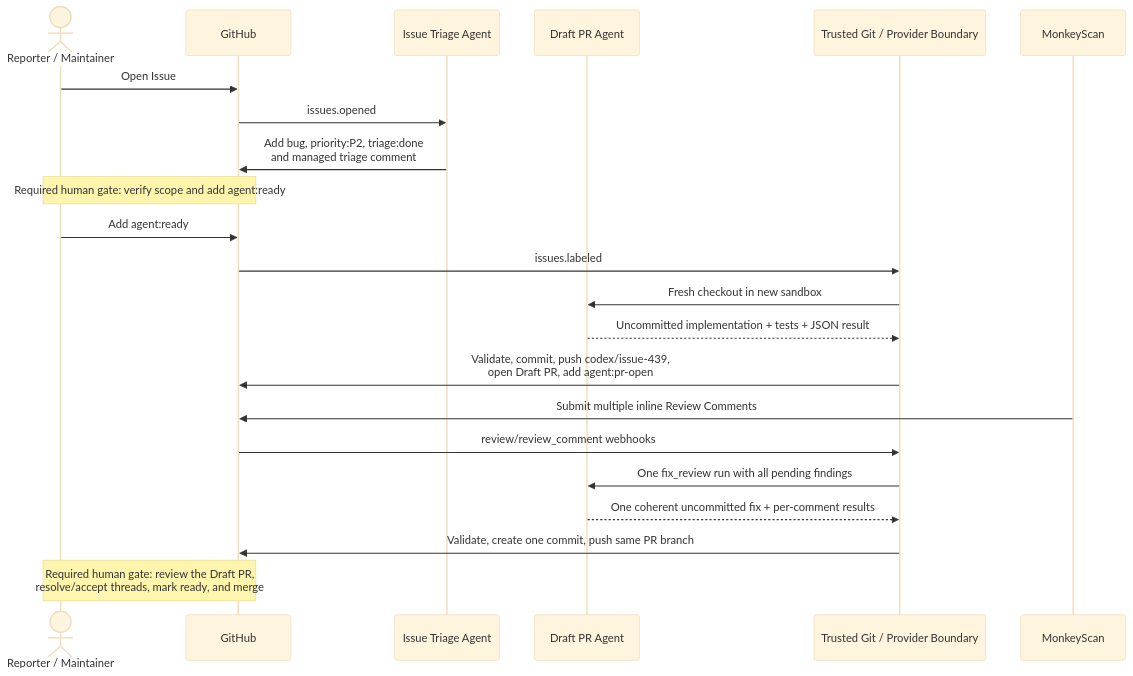
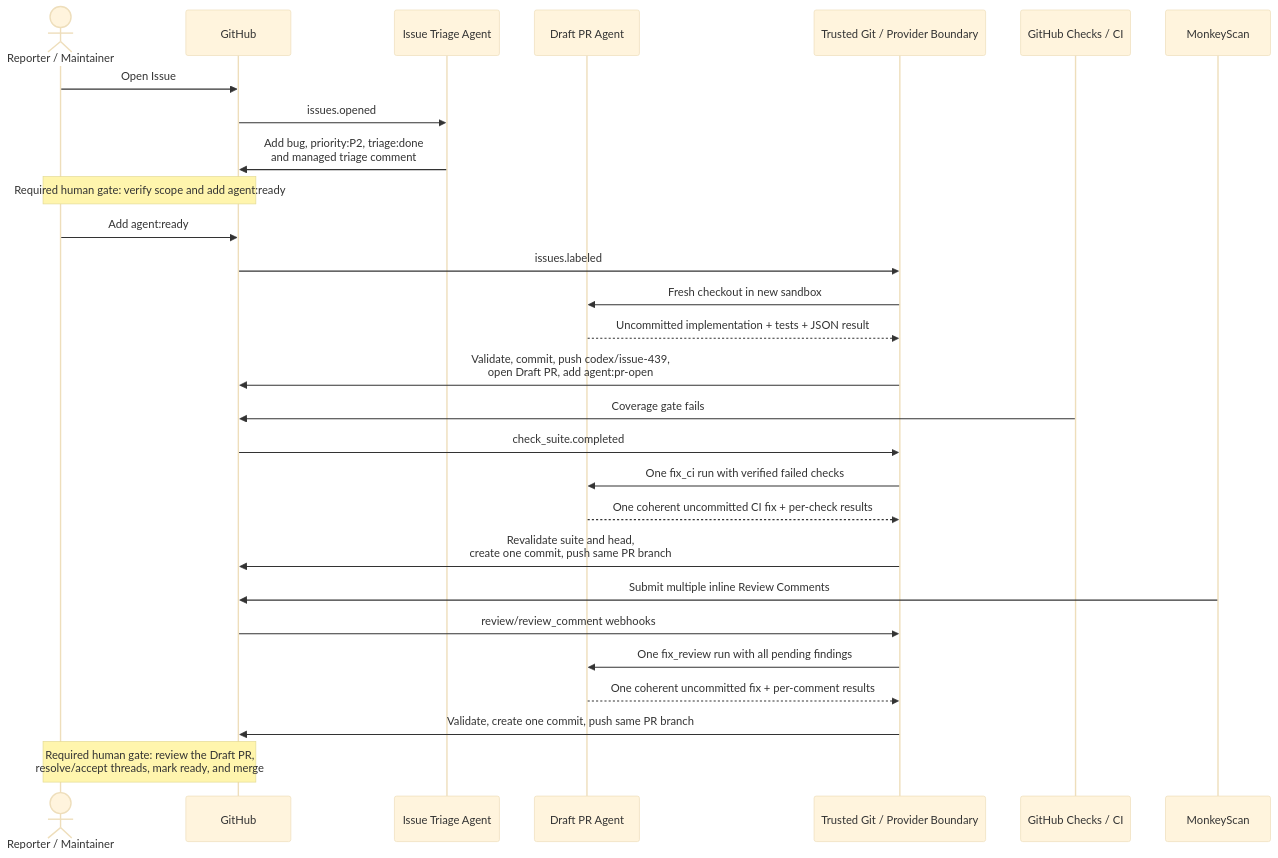
The diagram in README.md (winterfx/engineering-agent-workflows), drawn with Mermaid (base theme) before and after one commit. The commit also changed other lines of this file and 17 other files, not shown here.

````diff
--- a/README.md
+++ b/README.md
@@ -96,25 +113,31 @@
 ```mermaid
 sequenceDiagram
     actor Human as Reporter / Maintainer
     participant GitHub
     participant Triage as Issue Triage Agent
     participant Draft as Draft PR Agent
     participant Boundary as Trusted Git / Provider Boundary
+    participant CI as GitHub Checks / CI
     participant Scan as MonkeyScan
 
     Human->>GitHub: Open Issue #439
     GitHub->>Triage: issues.opened
     Triage->>GitHub: Add bug, priority:P2, triage:done<br/>and managed triage comment
     Note over Human,GitHub: Required human gate: verify scope and add agent:ready
     Human->>GitHub: Add agent:ready
     GitHub->>Boundary: issues.labeled
     Boundary->>Draft: Fresh checkout in new sandbox
     Draft-->>Boundary: Uncommitted implementation + tests + JSON result
     Boundary->>GitHub: Validate, commit, push codex/issue-439,<br/>open Draft PR, add agent:pr-open
+    CI->>GitHub: Coverage gate fails
+    GitHub->>Boundary: check_suite.completed
+    Boundary->>Draft: One fix_ci run with verified failed checks
+    Draft-->>Boundary: One coherent uncommitted CI fix + per-check results
+    Boundary->>GitHub: Revalidate suite and head,<br/>create one commit, push same PR branch
     Scan->>GitHub: Submit multiple inline Review Comments
     GitHub->>Boundary: review/review_comment webhooks
     Boundary->>Draft: One fix_review run with all pending findings
     Draft-->>Boundary: One coherent uncommitted fix + per-comment results
     Boundary->>GitHub: Validate, create one commit, push same PR branch
     Note over Human,GitHub: Required human gate: review the Draft PR,<br/>resolve/accept threads, mark ready, and merge
 ```
````
